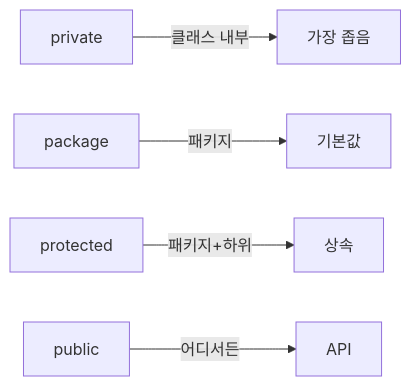
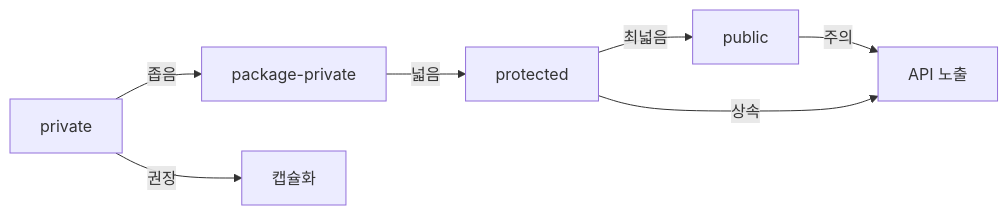
One commit to yjkim2015/yjkim2015.github.io changed the first of 6 diagrams in _posts/effective_java/2026-05-03-effective-java-classes-interfaces.md. Above: the diagram before and after it, drawn with Mermaid. The commit also changed other lines of this file and 245 other files, not shown here.

First line of the commit message:
Mermaid 다이어그램 전면 수정 + 면접 포인트 접기/펼치기 + DB 데드락 페이지

````diff
--- a/_posts/effective_java/2026-05-03-effective-java-classes-interfaces.md
+++ b/_posts/effective_java/2026-05-03-effective-java-classes-interfaces.md
@@ -30,7 +30,9 @@
 ```mermaid
 graph LR
-    A["private"] -->|"클래스 내부"| B["가장 좁음"]
-    C["package"] -->|"패키지"| D["기본값"]
-    E["protected"] -->|"패키지+하위"| F["상속"]
-    G["public"] -->|"어디서든"| H["API"]
+    A["private"] -->|"좁음"| B["package-private"]
+    B -->|"넓음"| C["protected"]
+    C -->|"최넓음"| D["public"]
+    A -->|"권장"| E["캡슐화"]
+    D -->|"주의"| F["API 노출"]
+    C -->|"상속"| F
 ```
````
